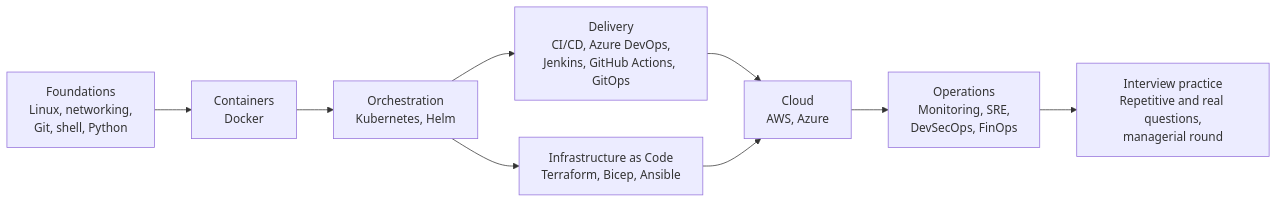
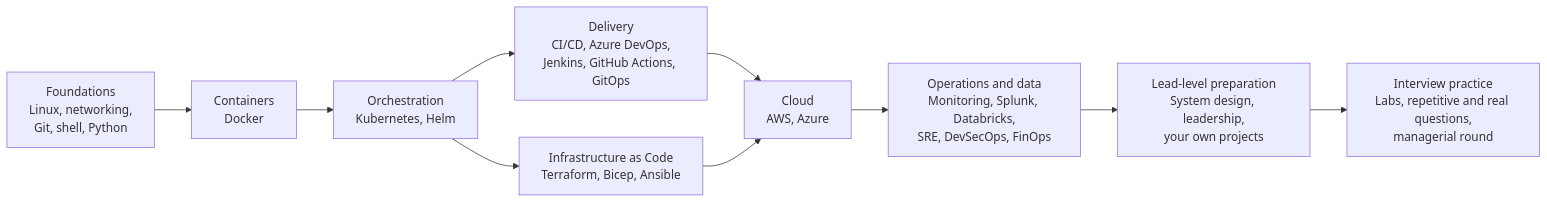
Before and after one commit to SivaKumarMahan/interview-questions: the first of 3 diagrams in README.md, drawn with Mermaid. The commit also changed other lines of this file, not shown here.

````diff
--- a/README.md
+++ b/README.md
@@ -79,11 +83,12 @@
 ```mermaid
 flowchart LR
     A["Foundations<br/>Linux, networking,<br/>Git, shell, Python"] --> B["Containers<br/>Docker"]
     B --> C["Orchestration<br/>Kubernetes, Helm"]
     C --> D["Delivery<br/>CI/CD, Azure DevOps,<br/>Jenkins, GitHub Actions, GitOps"]
     C --> E["Infrastructure as Code<br/>Terraform, Bicep, Ansible"]
     D --> F["Cloud<br/>AWS, Azure"]
     E --> F
-    F --> G["Operations<br/>Monitoring, SRE,<br/>DevSecOps, FinOps"]
-    G --> H["Interview practice<br/>Repetitive and real questions,<br/>managerial round"]
+    F --> G["Operations and data<br/>Monitoring, Splunk, Databricks,<br/>SRE, DevSecOps, FinOps"]
+    G --> L["Lead-level preparation<br/>System design, leadership,<br/>your own projects"]
+    L --> H["Interview practice<br/>Labs, repetitive and real questions,<br/>managerial round"]
 ```
````
